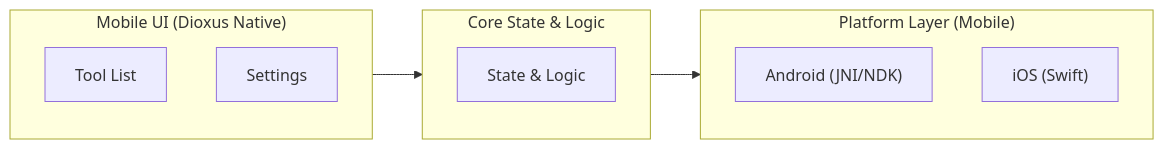
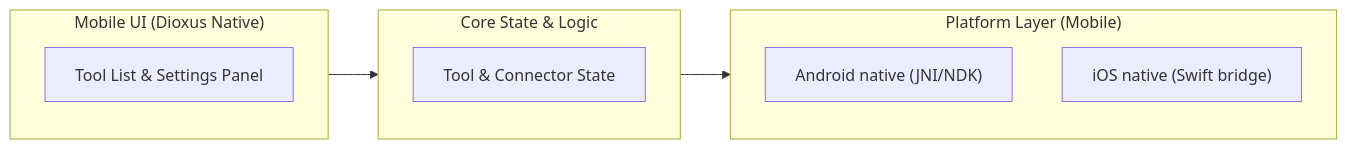
The fourth of 7 diagrams in src/content/docs/pick/architecture.mdx (Strike48-public/strike48-labs), drawn with Mermaid before and after one commit. The commit also changed other lines of this file, not shown here.

First line of the commit message:
Fix mermaid subgraph label overflow on Pick architecture page

````diff
--- a/src/content/docs/pick/architecture.mdx
+++ b/src/content/docs/pick/architecture.mdx
@@ -228,15 +226,14 @@
 ```mermaid
 flowchart LR
     subgraph MobileUI ["Mobile UI (Dioxus Native)"]
-        TL["Tool List"]
-        ST["Settings"]
+        TL["Tool List & Settings Panel"]
     end
     subgraph Core ["Core State & Logic"]
-        CS["State & Logic"]
+        CS["Tool & Connector State"]
     end
     subgraph Platform ["Platform Layer (Mobile)"]
-        AN["Android (JNI/NDK)"]
-        IO["iOS (Swift)"]
+        AN["Android native (JNI/NDK)"]
+        IO["iOS native (Swift bridge)"]
     end
     MobileUI --> Core --> Platform
 ```
````
